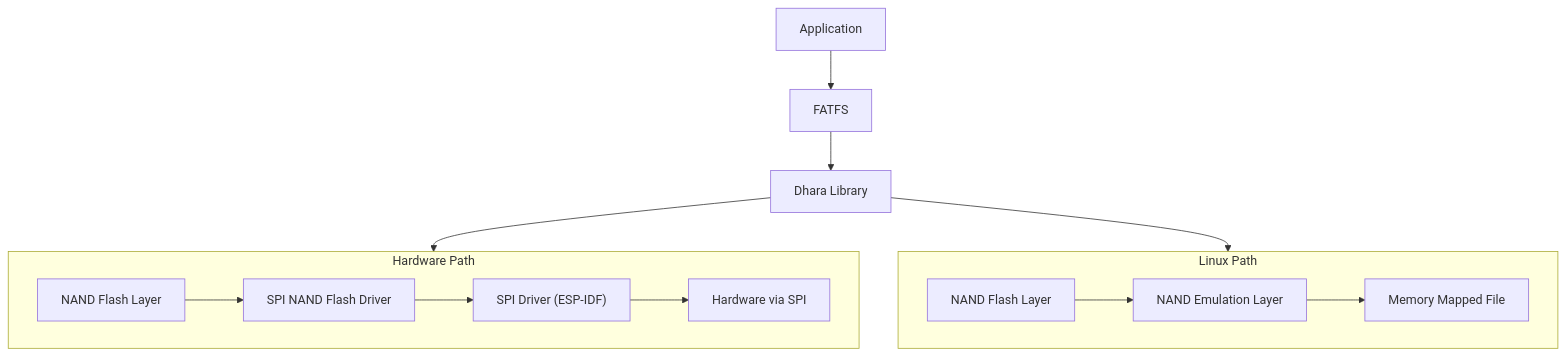
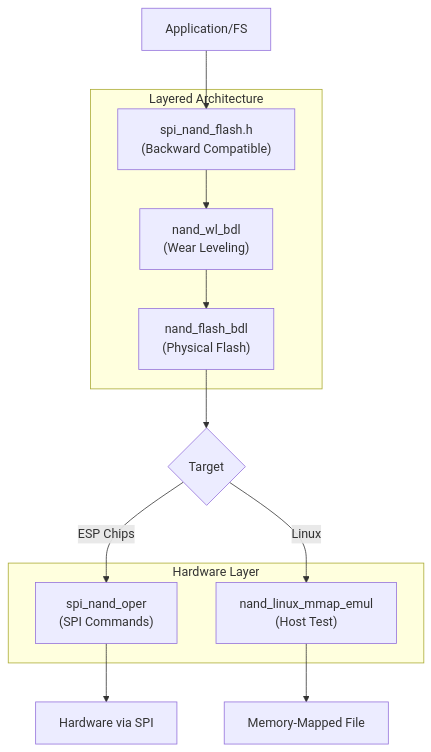
The diagram in spi_nand_flash/README.md (espressif/idf-extra-components), drawn with Mermaid before and after one commit. The commit also changed other lines of this file and 30 other files, not shown here.

First line of the commit message:
feat(spi_nand_flash): Add block device support

````diff
--- a/spi_nand_flash/README.md
+++ b/spi_nand_flash/README.md
@@ -23,20 +25,22 @@
 ```mermaid
 graph TD
-    A[Application] --> B[FATFS]
-    B --> C[Dhara Library]
-    C --> Hardware_Path[Hardware Path]
-    C --> Linux_Path[Linux Path]
-
-    subgraph Hardware_Path [Hardware Path]
-        HP1[NAND Flash Layer]
-        HP1 --> HP2[SPI NAND Flash Driver]
-        HP2 --> HP3["SPI Driver (ESP-IDF)"]
-        HP3 --> HP4[Hardware via SPI]
+    A[Application/FS] --> B[SPI NAND Flash API]
+    B --> C[NAND Wear-Leveling BDL]
+    C --> D[NAND Flash BDL] 
+    D --> E{Target}
+    E -->|ESP Chips| F[SPI NAND Operations]
+    F --> G[Hardware via SPI]
+    E -->|Linux| H[NAND Emulation]
+    H --> I[Memory-Mapped File]
+    
+    subgraph "Layered Architecture"
+        B["spi_nand_flash.h<br/>(Backward Compatible)"]
+        C["nand_wl_bdl<br/>(Wear Leveling)"]
+        D["nand_flash_bdl<br/>(Physical Flash)"]
     end
-
-    subgraph Linux_Path [Linux Path]
-        LP1[NAND Flash Layer]
-        LP1 --> LP2[NAND Emulation Layer]
-        LP2 --> LP3[Memory Mapped File]
+    
+    subgraph "Hardware Layer"
+        F["spi_nand_oper<br/>(SPI Commands)"]
+        H["nand_linux_mmap_emul<br/>(Host Test)"]
     end
 ```
````
